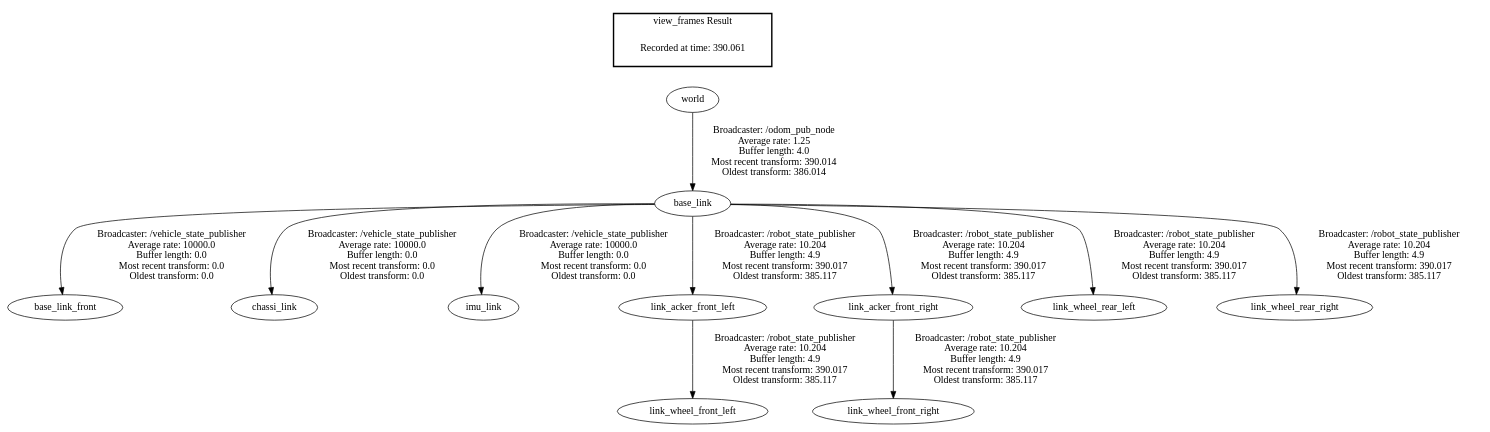
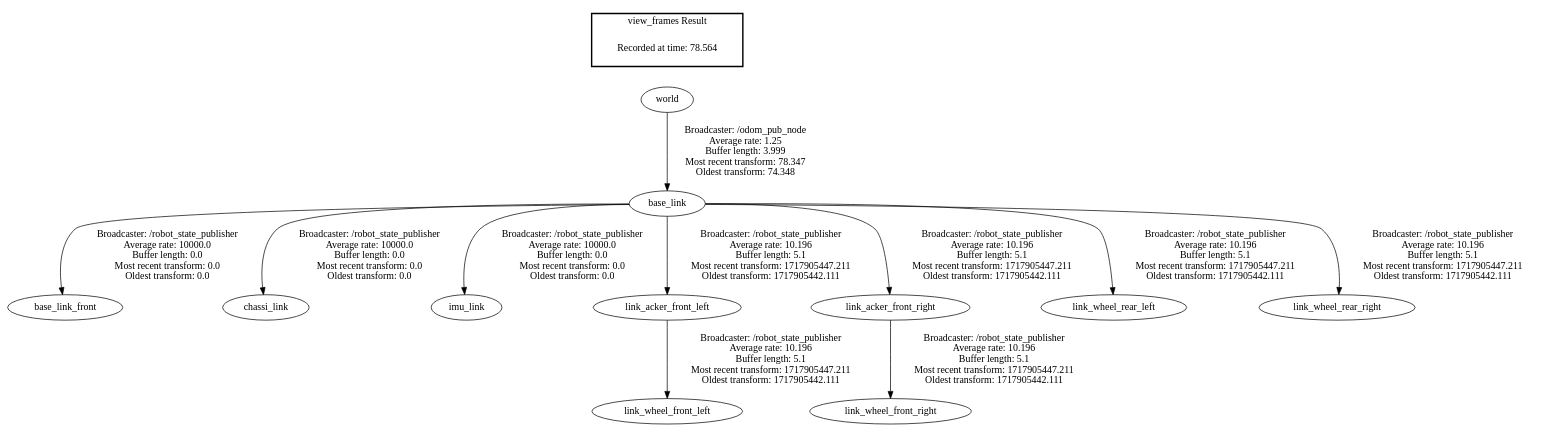
The diagram in Programação/RPi4/catkin_ws/frames.gv (Grupo-SEMEAR-USP/Trekking_2024), drawn with Graphviz before and after one commit. The commit also changed 27 other files, not shown here.

```diff
--- a/Programação/RPi4/catkin_ws/frames.gv
+++ b/Programação/RPi4/catkin_ws/frames.gv
@@ -1,16 +1,16 @@
 digraph G {
-"base_link" -> "base_link_front"[label=" Broadcaster: /vehicle_state_publisher\nAverage rate: 10000.0\nBuffer length: 0.0\nMost recent transform: 0.0\nOldest transform: 0.0\n"];
-"world" -> "base_link"[label=" Broadcaster: /odom_pub_node\nAverage rate: 1.25\nBuffer length: 4.0\nMost recent transform: 390.014\nOldest transform: 386.014\n"];
-"base_link" -> "chassi_link"[label=" Broadcaster: /vehicle_state_publisher\nAverage rate: 10000.0\nBuffer length: 0.0\nMost recent transform: 0.0\nOldest transform: 0.0\n"];
-"base_link" -> "imu_link"[label=" Broadcaster: /vehicle_state_publisher\nAverage rate: 10000.0\nBuffer length: 0.0\nMost recent transform: 0.0\nOldest transform: 0.0\n"];
-"base_link" -> "link_acker_front_left"[label=" Broadcaster: /robot_state_publisher\nAverage rate: 10.204\nBuffer length: 4.9\nMost recent transform: 390.017\nOldest transform: 385.117\n"];
-"base_link" -> "link_acker_front_right"[label=" Broadcaster: /robot_state_publisher\nAverage rate: 10.204\nBuffer length: 4.9\nMost recent transform: 390.017\nOldest transform: 385.117\n"];
-"link_acker_front_left" -> "link_wheel_front_left"[label=" Broadcaster: /robot_state_publisher\nAverage rate: 10.204\nBuffer length: 4.9\nMost recent transform: 390.017\nOldest transform: 385.117\n"];
-"link_acker_front_right" -> "link_wheel_front_right"[label=" Broadcaster: /robot_state_publisher\nAverage rate: 10.204\nBuffer length: 4.9\nMost recent transform: 390.017\nOldest transform: 385.117\n"];
-"base_link" -> "link_wheel_rear_left"[label=" Broadcaster: /robot_state_publisher\nAverage rate: 10.204\nBuffer length: 4.9\nMost recent transform: 390.017\nOldest transform: 385.117\n"];
-"base_link" -> "link_wheel_rear_right"[label=" Broadcaster: /robot_state_publisher\nAverage rate: 10.204\nBuffer length: 4.9\nMost recent transform: 390.017\nOldest transform: 385.117\n"];
+"base_link" -> "base_link_front"[label=" Broadcaster: /robot_state_publisher\nAverage rate: 10000.0\nBuffer length: 0.0\nMost recent transform: 0.0\nOldest transform: 0.0\n"];
+"world" -> "base_link"[label=" Broadcaster: /odom_pub_node\nAverage rate: 1.25\nBuffer length: 3.999\nMost recent transform: 78.347\nOldest transform: 74.348\n"];
+"base_link" -> "chassi_link"[label=" Broadcaster: /robot_state_publisher\nAverage rate: 10000.0\nBuffer length: 0.0\nMost recent transform: 0.0\nOldest transform: 0.0\n"];
+"base_link" -> "imu_link"[label=" Broadcaster: /robot_state_publisher\nAverage rate: 10000.0\nBuffer length: 0.0\nMost recent transform: 0.0\nOldest transform: 0.0\n"];
+"base_link" -> "link_acker_front_left"[label=" Broadcaster: /robot_state_publisher\nAverage rate: 10.196\nBuffer length: 5.1\nMost recent transform: 1717905447.211\nOldest transform: 1717905442.111\n"];
+"base_link" -> "link_acker_front_right"[label=" Broadcaster: /robot_state_publisher\nAverage rate: 10.196\nBuffer length: 5.1\nMost recent transform: 1717905447.211\nOldest transform: 1717905442.111\n"];
+"link_acker_front_left" -> "link_wheel_front_left"[label=" Broadcaster: /robot_state_publisher\nAverage rate: 10.196\nBuffer length: 5.1\nMost recent transform: 1717905447.211\nOldest transform: 1717905442.111\n"];
+"link_acker_front_right" -> "link_wheel_front_right"[label=" Broadcaster: /robot_state_publisher\nAverage rate: 10.196\nBuffer length: 5.1\nMost recent transform: 1717905447.211\nOldest transform: 1717905442.111\n"];
+"base_link" -> "link_wheel_rear_left"[label=" Broadcaster: /robot_state_publisher\nAverage rate: 10.196\nBuffer length: 5.1\nMost recent transform: 1717905447.211\nOldest transform: 1717905442.111\n"];
+"base_link" -> "link_wheel_rear_right"[label=" Broadcaster: /robot_state_publisher\nAverage rate: 10.196\nBuffer length: 5.1\nMost recent transform: 1717905447.211\nOldest transform: 1717905442.111\n"];
 edge [style=invis];
  subgraph cluster_legend { style=bold; color=black; label ="view_frames Result";
-"Recorded at time: 390.061"[ shape=plaintext ] ;
+"Recorded at time: 78.564"[ shape=plaintext ] ;
 }->"world";
 }
```
